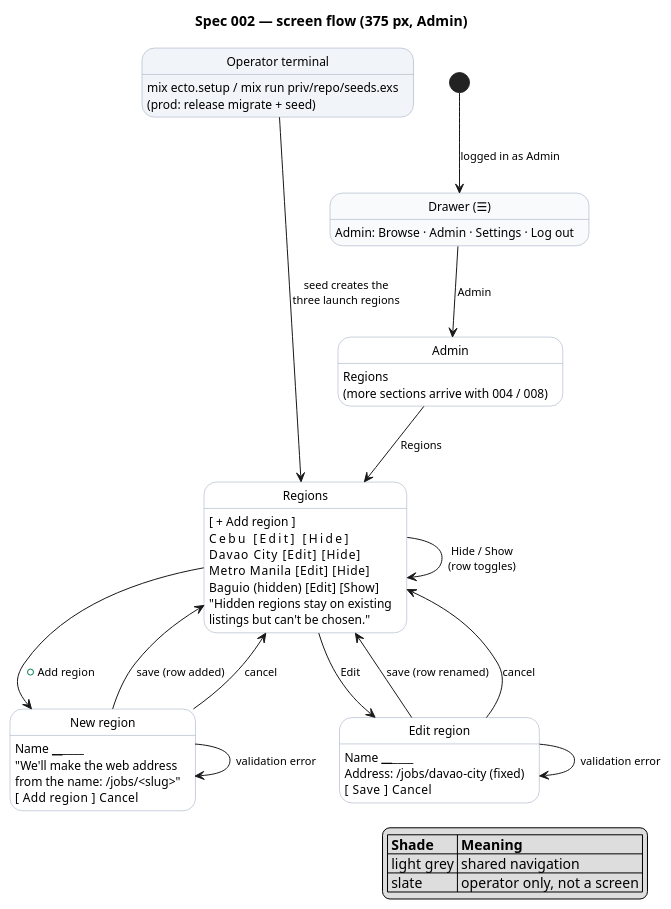
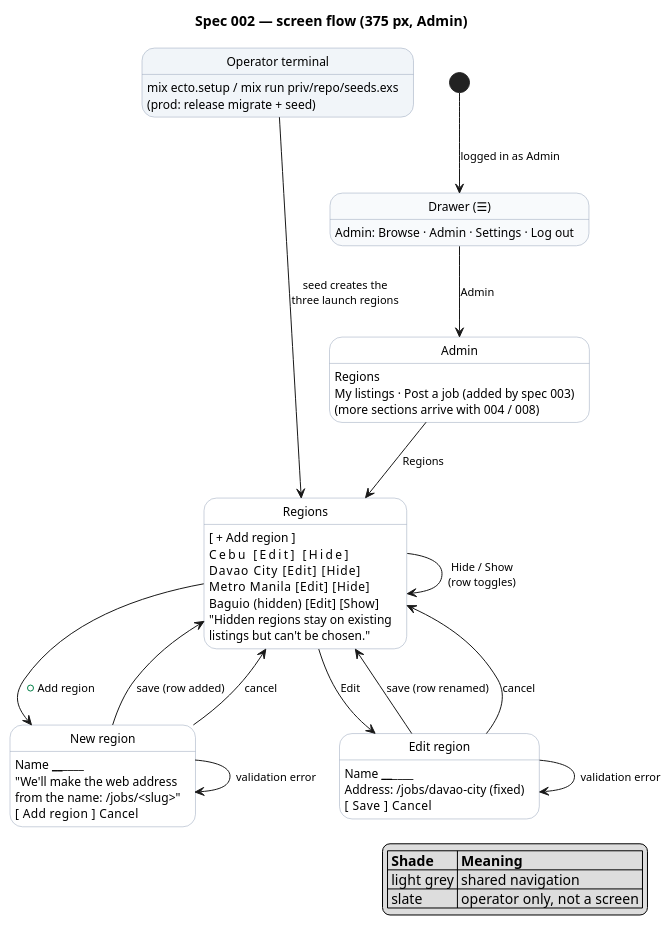
One commit to raseniero/jairojobs-elixir changed the diagram in docs/specs/002-regions/diagrams/screenflow-regions.puml. Above: the diagram before and after it, drawn with PlantUML. The commit also changed 14 other files, not shown here.

Commit message:
docs: bring spec 001-003 diagrams in line with the app

```diff
--- a/docs/specs/002-regions/diagrams/screenflow-regions.puml
+++ b/docs/specs/002-regions/diagrams/screenflow-regions.puml
@@ -1,67 +1,68 @@
 @startuml screenflow-regions
 ' Spec 002 — screen flow. Each state is a screen (key elements listed); each arrow is a user action.
 ' Every user story US-002-1..6 is a path through this diagram (see table in spec.md).
 
 hide empty description
 skinparam state {
   BackgroundColor white
   BackgroundColor<<public>> #f8fafc
   BackgroundColor<<terminal>> #f1f5f9
   BorderColor #94a3b8
   FontSize 12
 }
 skinparam arrowFontSize 11
 
 title Spec 002 — screen flow (375 px, Admin)
 
 state "Drawer (☰)" as Drawer <<public>>
 Drawer : Admin: Browse · Admin · Settings · Log out
 
 state "Admin" as Admin
 Admin : Regions
+Admin : My listings · Post a job (added by spec 003)
 Admin : (more sections arrive with 004 / 008)
 
 state "Regions" as Regions
 Regions : [ + Add region ]
 Regions : Cebu              [Edit] [Hide]
 Regions : Davao City        [Edit] [Hide]
 Regions : Metro Manila      [Edit] [Hide]
 Regions : Baguio  (hidden)  [Edit] [Show]
 Regions : "Hidden regions stay on existing\nlistings but can't be chosen."
 
 state "New region" as New
 New : Name ______________
 New : "We'll make the web address\nfrom the name: /jobs/<slug>"
 New : [ Add region ]   Cancel
 
 state "Edit region" as Edit
 Edit : Name ______________
 Edit : Address: /jobs/davao-city (fixed)
 Edit : [ Save ]   Cancel
 
 state "Operator terminal" as Terminal <<terminal>>
 Terminal : mix ecto.setup / mix run priv/repo/seeds.exs
 Terminal : (prod: release migrate + seed)
 
 [*] --> Drawer : logged in as Admin
 Drawer --> Admin : Admin
 Admin --> Regions : Regions
 Regions --> New : + Add region
 New --> Regions : save (row added)
 New --> New : validation error
 New --> Regions : cancel
 Regions --> Edit : Edit
 Edit --> Regions : save (row renamed)
 Edit --> Edit : validation error
 Edit --> Regions : cancel
 Regions --> Regions : Hide / Show\n(row toggles)
 Terminal --> Regions : seed creates the\nthree launch regions
 Terminal -[hidden]-> Drawer
 
 legend right
   |= Shade |= Meaning |
   | light grey | shared navigation |
   | slate | operator only, not a screen |
 endlegend
 
 @enduml
```
